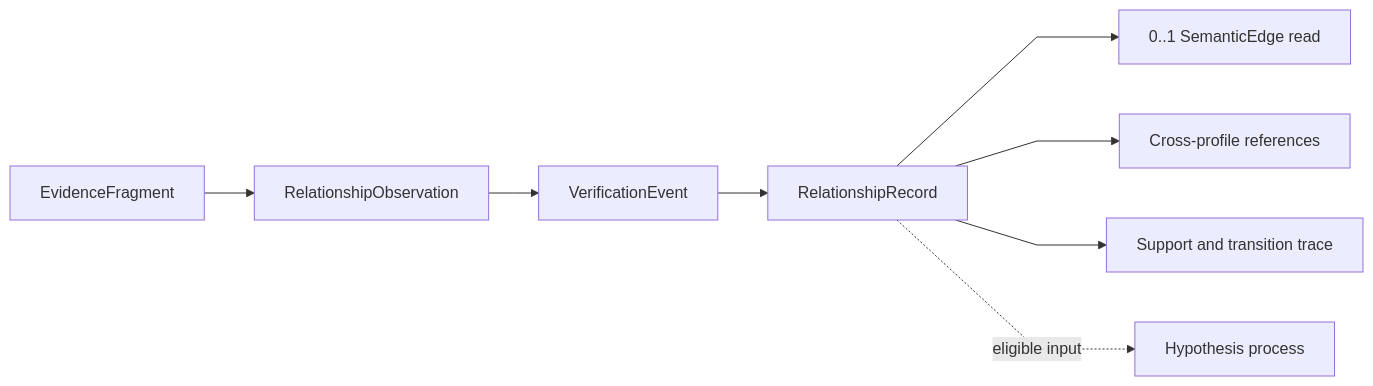
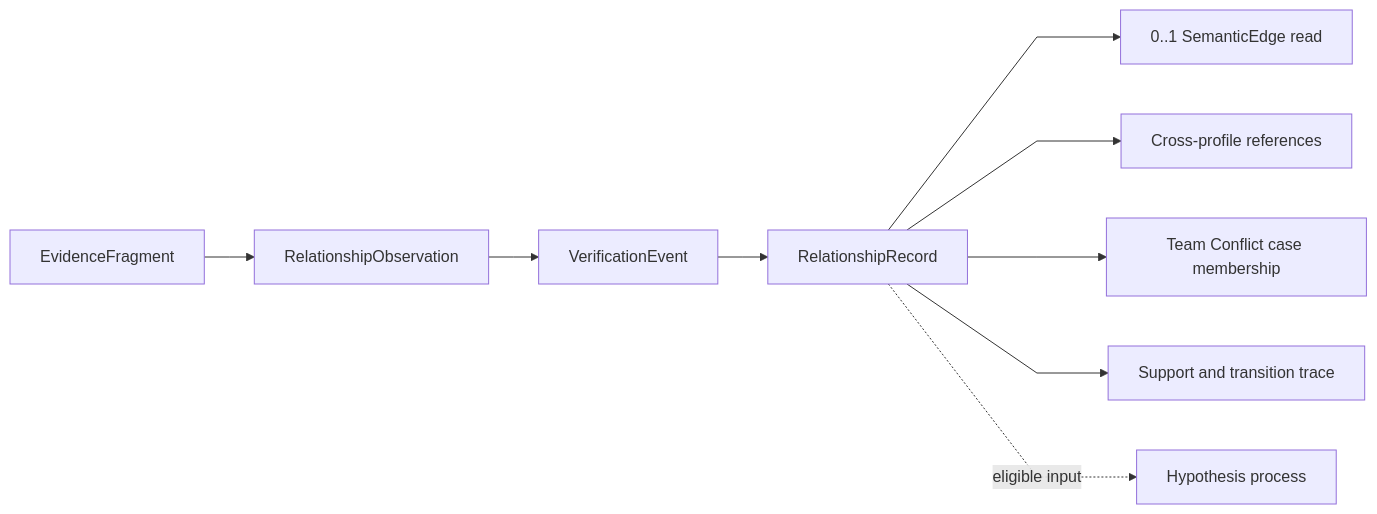
Before and after one commit to markhuangai/dense-mem: the third of 3 diagrams in Home.md, drawn with Mermaid. The commit also changed other lines of this file and 22 other files, not shown here.

````diff
--- a/Home.md
+++ b/Home.md
@@ -116,11 +122,12 @@
 ```mermaid
 %%{init: {"flowchart": {"curve": "linear"}}}%%
 flowchart LR
   Fragment["EvidenceFragment"] --> Observation["RelationshipObservation"]
   Observation --> Verification["VerificationEvent"]
   Verification --> Record["RelationshipRecord"]
   Record --> Edge["0..1 SemanticEdge read"]
   Record --> Cross["Cross-profile references"]
+  Record --> Case["Team Conflict case membership"]
   Record --> Trace["Support and transition trace"]
   Record -. "eligible input" .-> Dream["Hypothesis process"]
 ```
````
